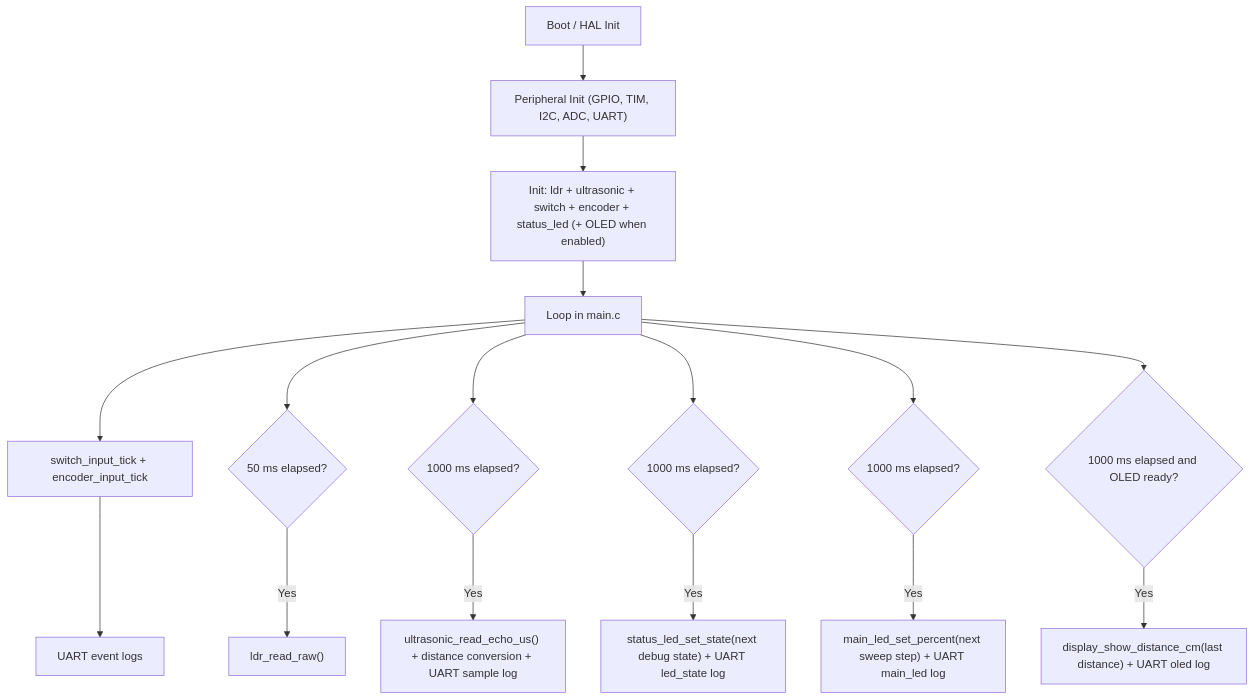
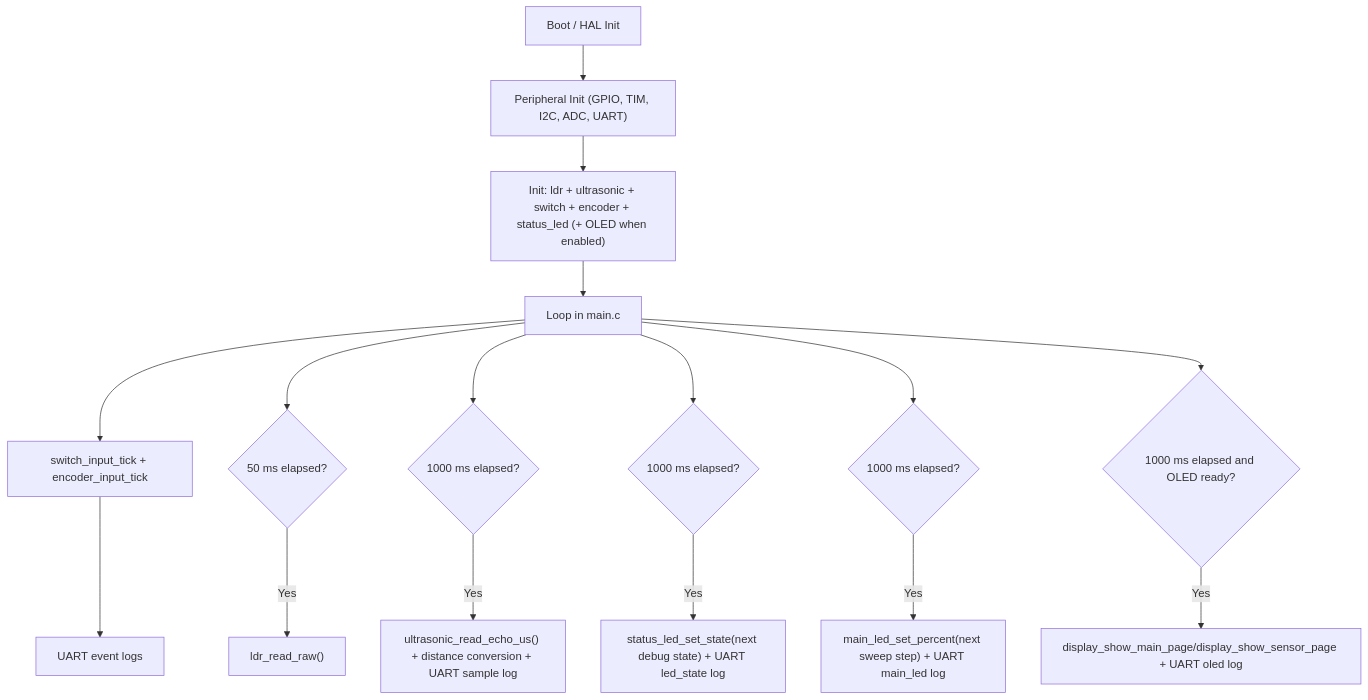
One commit to RJTPP/S-ADAPT-IoT changed the diagram in docs/architecture/Architecture.md. Above: the diagram before and after it, drawn with Mermaid. The commit also changed other lines of this file and 10 other files, not shown here.

First line of the commit message:
Feat/oled page (#24)

````diff
--- a/docs/architecture/Architecture.md
+++ b/docs/architecture/Architecture.md
@@ -34,18 +34,18 @@
 ```mermaid
 flowchart TD
     A["Boot / HAL Init"] --> B["Peripheral Init (GPIO, TIM, I2C, ADC, UART)"]
     B --> C["Init: ldr + ultrasonic + switch + encoder + status_led (+ OLED when enabled)"]
     C --> D["Loop in main.c"]
     D --> E["switch_input_tick + encoder_input_tick"]
     E --> F["UART event logs"]
     D --> G{"50 ms elapsed?"}
     G -- "Yes" --> H["ldr_read_raw()"]
     D --> I{"1000 ms elapsed?"}
     I -- "Yes" --> J["ultrasonic_read_echo_us() + distance conversion + UART sample log"]
     D --> K{"1000 ms elapsed?"}
     K -- "Yes" --> L["status_led_set_state(next debug state) + UART led_state log"]
     D --> M{"1000 ms elapsed?"}
     M -- "Yes" --> N["main_led_set_percent(next sweep step) + UART main_led log"]
     D --> O{"1000 ms elapsed and OLED ready?"}
-    O -- "Yes" --> P["display_show_distance_cm(last distance) + UART oled log"]
+    O -- "Yes" --> P["display_show_main_page/display_show_sensor_page + UART oled log"]
 ```
````
